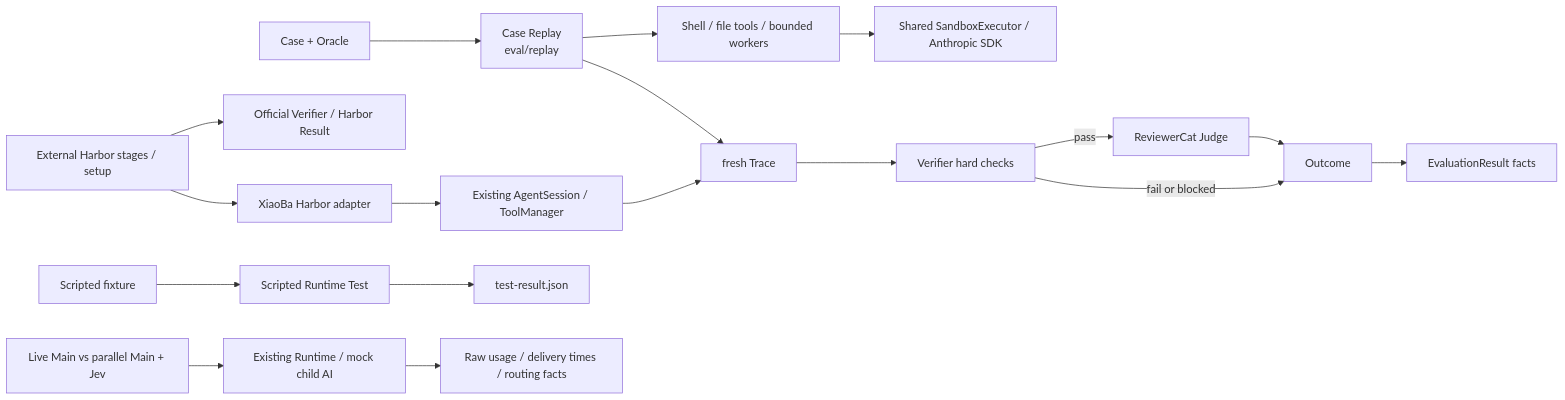
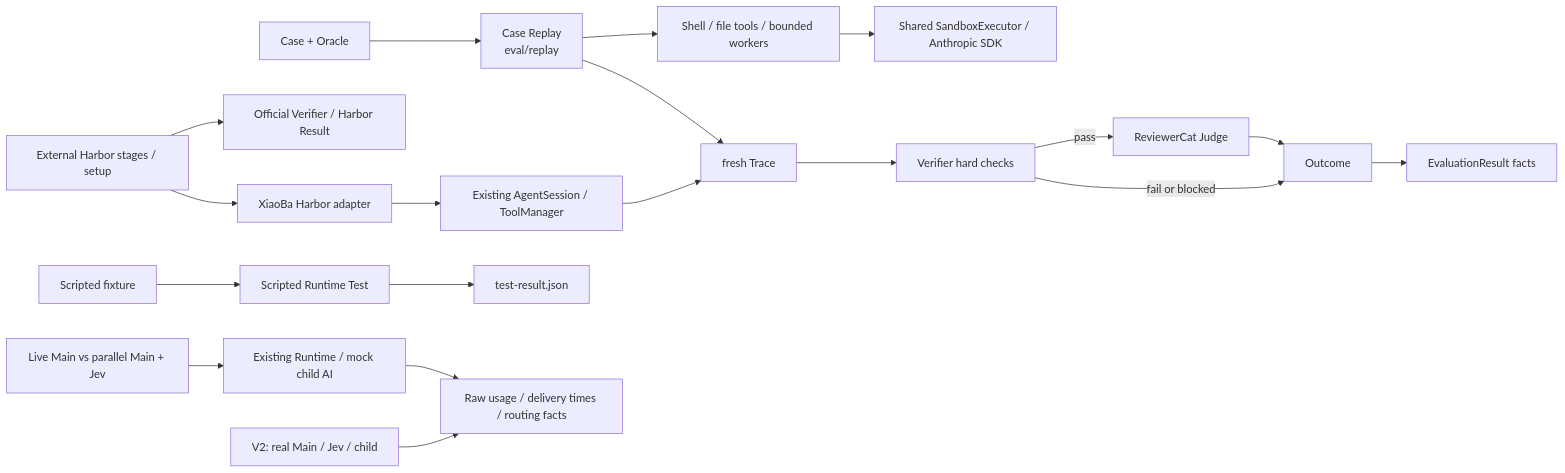
Before and after one commit to fightheyyy/XIAOBA: the first of 2 diagrams in docs/evaluation/SPEC.md, drawn with Mermaid. The commit also changed other lines of this file and 41 other files, not shown here.

Commit message:
feat(runtime): integrate Jev V2 routing and publish real A/B evidence

````diff
--- a/docs/evaluation/SPEC.md
+++ b/docs/evaluation/SPEC.md
@@ -59,21 +67,22 @@
 ```mermaid
 flowchart LR
     Harbor["External Harbor stages / setup"] --> Adapter["XiaoBa Harbor adapter"]
     Adapter --> Runtime["Existing AgentSession / ToolManager"]
     Runtime --> Trace
     Harbor --> Official["Official Verifier / Harbor Result"]
     Replay --> Execution["Shell / file tools / bounded workers"]
     Execution --> Sandbox["Shared SandboxExecutor / Anthropic SDK"]
     Fixture["Scripted fixture"] --> Test["Scripted Runtime Test"]
     Test --> TestResult["test-result.json"]
+    LiveV2["V2: real Main / Jev / child"] --> Measurements
     Comparison["Live Main vs parallel Main + Jev"] --> MockChild["Existing Runtime / mock child AI"]
     MockChild --> Measurements["Raw usage / delivery times / routing facts"]
 
     Case["Case + Oracle"] --> Replay["Case Replay<br/>eval/replay"]
     Replay --> Trace["fresh Trace"]
     Trace --> Verifier["Verifier hard checks"]
     Verifier -->|pass| Reviewer["ReviewerCat Judge"]
     Verifier -->|fail or blocked| Outcome["Outcome"]
     Reviewer --> Outcome
     Outcome --> Facts["EvaluationResult facts"]
 ```
````
